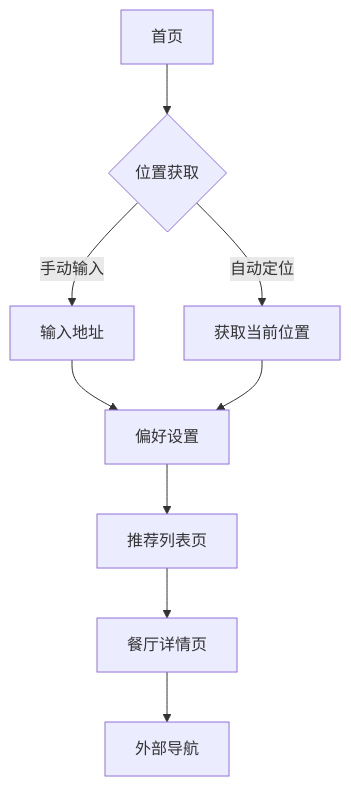
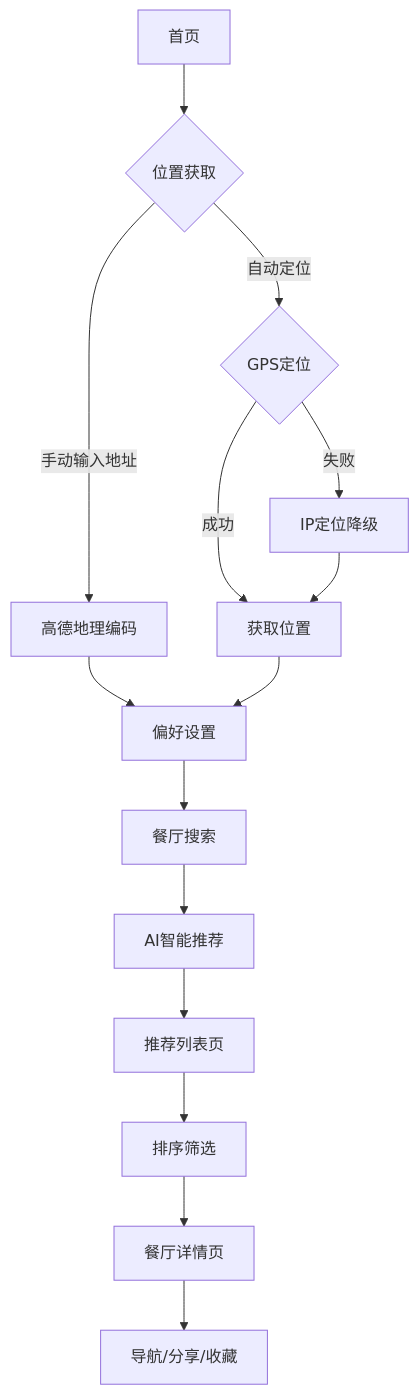
The diagram in .trae/documents/product_requirements.md (maxweber36/TiaoShi), drawn with Mermaid before and after one commit. The commit also changed other lines of this file and 3 other files, not shown here.

````diff
--- a/.trae/documents/product_requirements.md
+++ b/.trae/documents/product_requirements.md
@@ -41,11 +69,17 @@
 ```mermaid
 graph TD
   A[首页] --> B{位置获取}
-  B -->|手动输入| C[输入地址]
-  B -->|自动定位| D[获取当前位置]
-  C --> E[偏好设置]
-  D --> E
-  E --> F[推荐列表页]
-  F --> G[餐厅详情页]
-  G --> H[外部导航]
+  B -->|手动输入地址| C[高德地理编码]
+  B -->|自动定位| D{GPS定位}
+  D -->|成功| E[获取位置]
+  D -->|失败| F[IP定位降级]
+  F --> E
+  C --> G[偏好设置]
+  E --> G
+  G --> H[餐厅搜索]
+  H --> I[AI智能推荐]
+  I --> J[推荐列表页]
+  J --> K[排序筛选]
+  K --> L[餐厅详情页]
+  L --> M[导航/分享/收藏]
 ```
````
